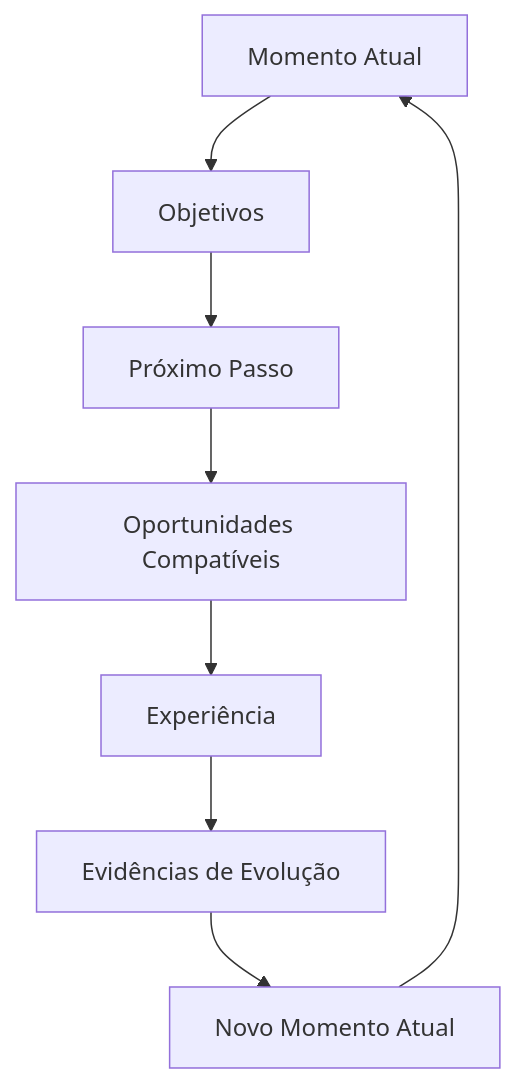
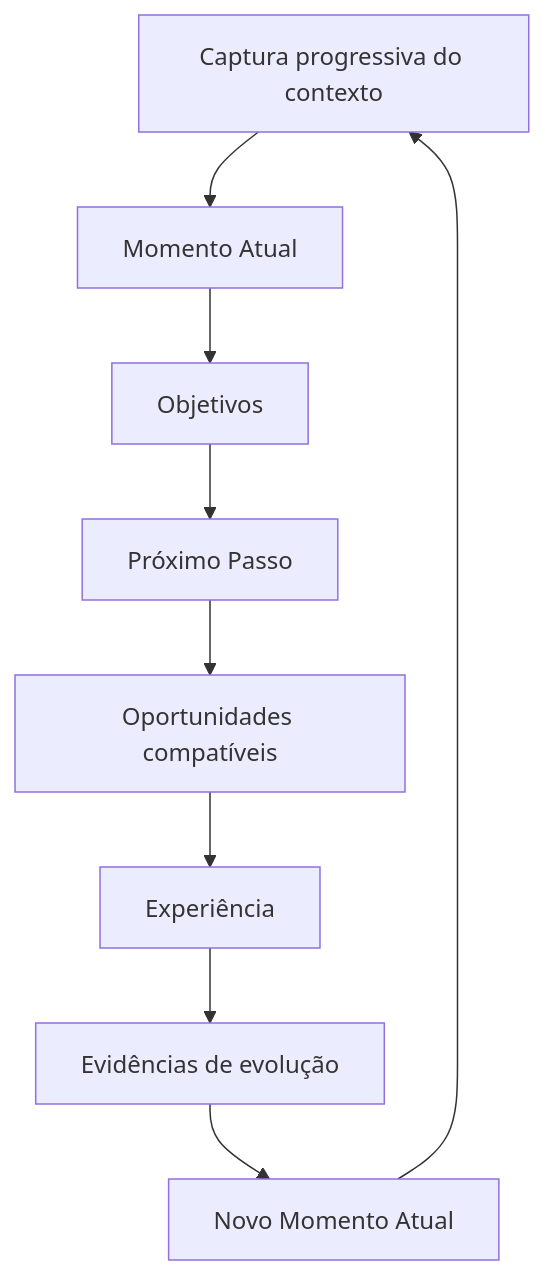
One commit to guivos-repositorio/Guivos-Knowledge-Repository changed the first of 6 diagrams in docs/public/guia-oficial-da-guivos.md. Above: the diagram before and after it, drawn with Mermaid. The commit also changed other lines of this file, not shown here.

Commit message:
docs(public): update official guide to architecture-aligned v4

````diff
--- a/docs/public/guia-oficial-da-guivos.md
+++ b/docs/public/guia-oficial-da-guivos.md
@@ -252,18 +312,20 @@
 ```mermaid
 flowchart TD
-    A[Momento Atual]
-    B[Objetivos]
-    C[Próximo Passo]
-    D[Oportunidades Compatíveis]
-    E[Experiência]
-    F[Evidências de Evolução]
-    G[Novo Momento Atual]
+    A[Captura progressiva do contexto]
+    B[Momento Atual]
+    C[Objetivos]
+    D[Próximo Passo]
+    E[Oportunidades compatíveis]
+    F[Experiência]
+    G[Evidências de evolução]
+    H[Novo Momento Atual]
 
     A --> B
     B --> C
     C --> D
     D --> E
     E --> F
     F --> G
-    G --> A
+    G --> H
+    H --> A
 ```
````
